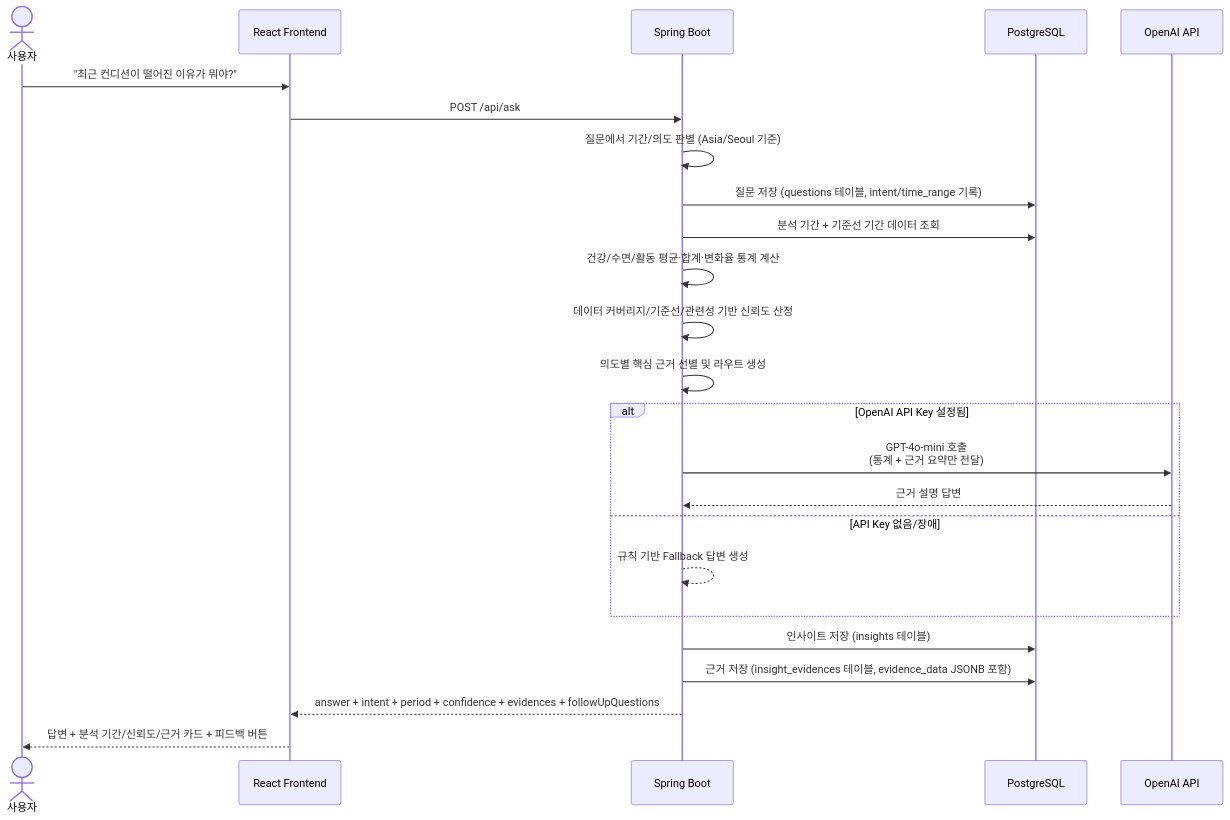
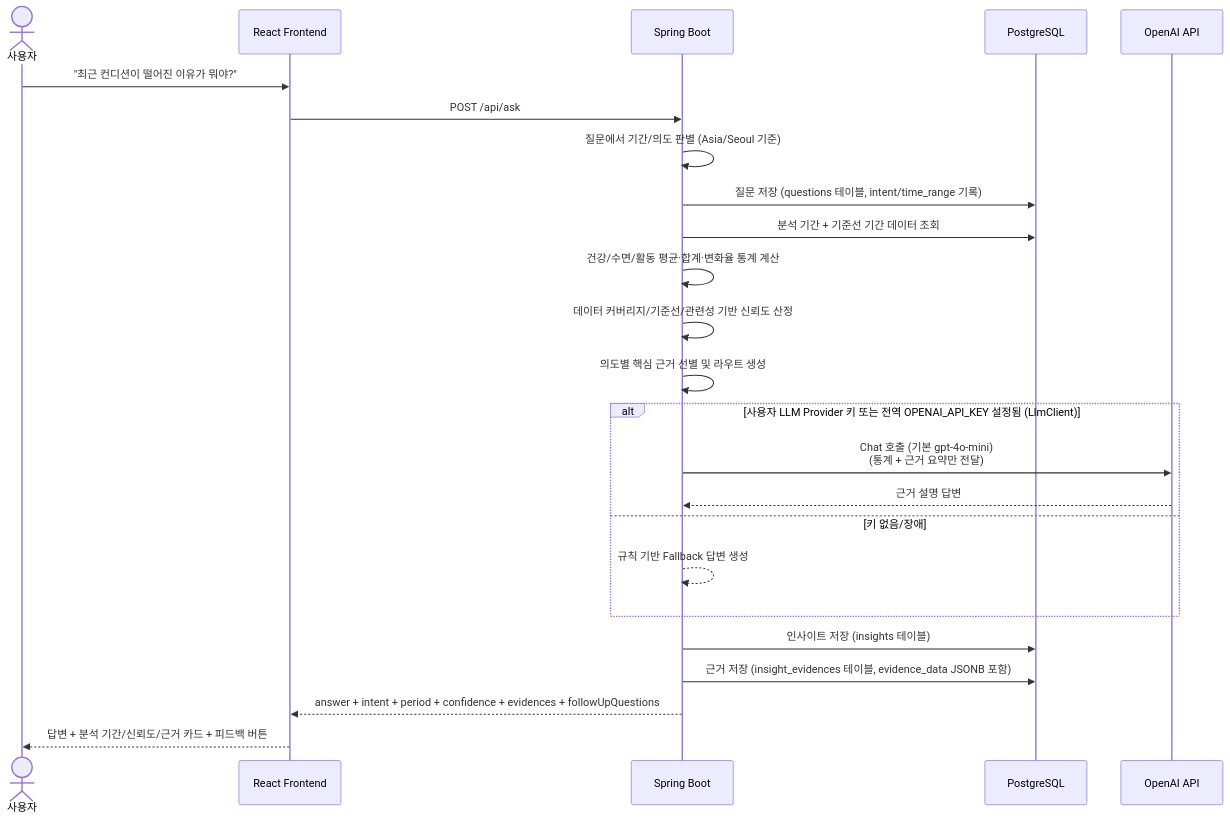
One commit to Hsooooo/personal-insight-os changed the sixth of 9 diagrams in docs/architecture.md. Above: the diagram before and after it, drawn with Mermaid. The commit also changed other lines of this file and 12 other files, not shown here.

````diff
--- a/docs/architecture.md
+++ b/docs/architecture.md
@@ -199,30 +255,30 @@
 ```mermaid
 sequenceDiagram
     actor U as 사용자
     participant FE as React Frontend
     participant BE as Spring Boot
     participant PG as PostgreSQL
     participant OAI as OpenAI API
 
     U->>FE: "최근 컨디션이 떨어진 이유가 뭐야?"
     FE->>BE: POST /api/ask
 
     BE->>BE: 질문에서 기간/의도 판별 (Asia/Seoul 기준)
     BE->>PG: 질문 저장 (questions 테이블, intent/time_range 기록)
     BE->>PG: 분석 기간 + 기준선 기간 데이터 조회
     BE->>BE: 건강/수면/활동 평균·합계·변화율 통계 계산
     BE->>BE: 데이터 커버리지/기준선/관련성 기반 신뢰도 산정
     BE->>BE: 의도별 핵심 근거 선별 및 라우트 생성
 
-    alt OpenAI API Key 설정됨
-        BE->>OAI: GPT-4o-mini 호출<br/>(통계 + 근거 요약만 전달)
+    alt 사용자 LLM Provider 키 또는 전역 OPENAI_API_KEY 설정됨 (LlmClient)
+        BE->>OAI: Chat 호출 (기본 gpt-4o-mini)<br/>(통계 + 근거 요약만 전달)
         OAI-->>BE: 근거 설명 답변
-    else API Key 없음/장애
+    else 키 없음/장애
         BE-->>BE: 규칙 기반 Fallback 답변 생성
     end
 
     BE->>PG: 인사이트 저장 (insights 테이블)
     BE->>PG: 근거 저장 (insight_evidences 테이블, evidence_data JSONB 포함)
     BE-->>FE: answer + intent + period + confidence + evidences + followUpQuestions
     FE-->>U: 답변 + 분석 기간/신뢰도/근거 카드 + 피드백 버튼
 ```
````
